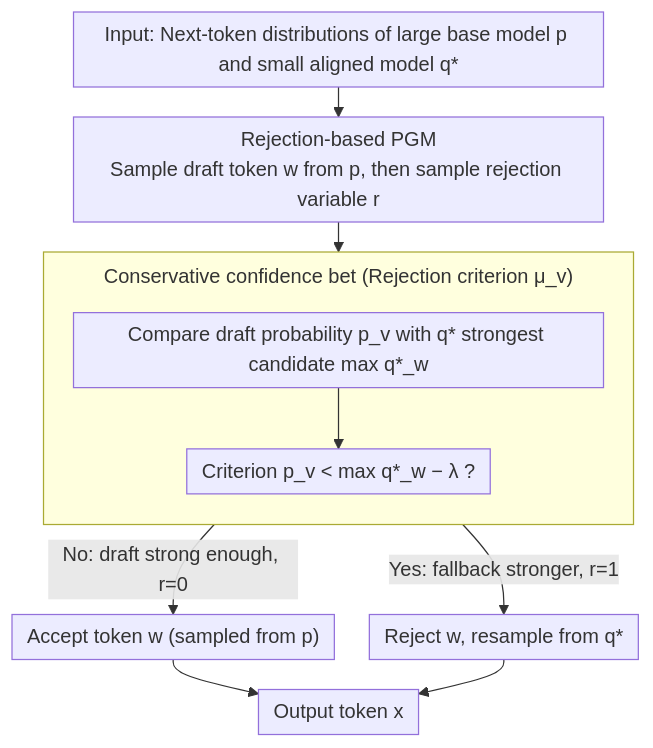
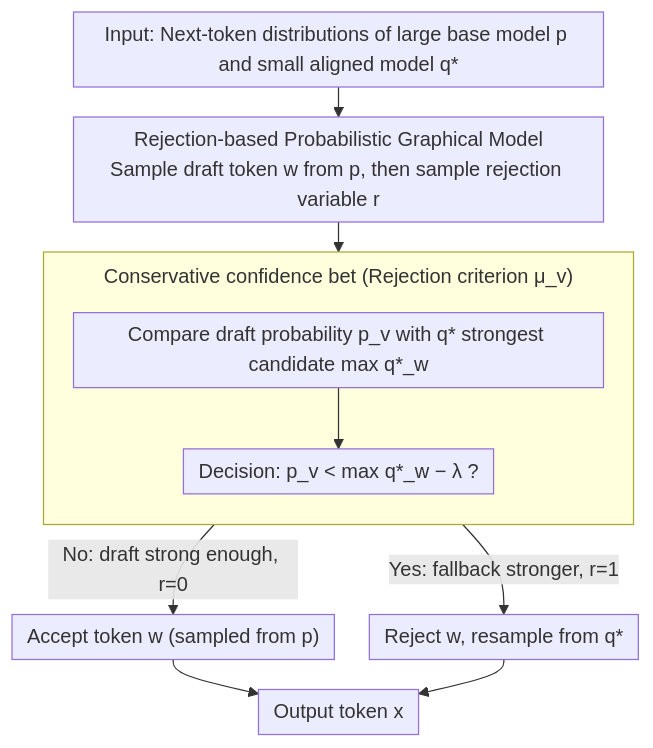
Before and after one commit to zhaoyang97/Paper-Notes-en: the diagram in docs/ACL2026/llm_alignment/on_the_rejection_criterion_for_proxy-based_test-time_alignment.md, drawn with Mermaid. The commit also changed other lines of this file and 5084 other files, not shown here.

````diff
--- a/docs/ACL2026/llm_alignment/on_the_rejection_criterion_for_proxy-based_test-time_alignment.md
+++ b/docs/ACL2026/llm_alignment/on_the_rejection_criterion_for_proxy-based_test-time_alignment.md
@@ -42,17 +42,17 @@
 ```mermaid
 %%{init: {'flowchart': {'rankSpacing': 24, 'nodeSpacing': 28, 'padding': 6, 'wrappingWidth': 400, 'subGraphTitleMargin': {'top': 8, 'bottom': 16}}}}%%
 flowchart TD
     IN["Input: Next-token distributions of large base model p and small aligned model q*"]
-    DRAFT["Rejection-based PGM<br/>Sample draft token w from p, then sample rejection variable r"]
+    DRAFT["Rejection-based Probabilistic Graphical Model<br/>Sample draft token w from p, then sample rejection variable r"]
     subgraph BET["Conservative confidence bet (Rejection criterion μ_v)"]
         direction TB
         CMP["Compare draft probability p_v with q* strongest candidate max q*_w"]
-        DEC["Criterion p_v < max q*_w − λ ?"]
+        DEC["Decision: p_v < max q*_w − λ ?"]
         CMP --> DEC
     end
     IN --> DRAFT --> BET
     DEC -->|No: draft strong enough, r=0| ACC["Accept token w (sampled from p)"]
     DEC -->|Yes: fallback stronger, r=1| REJ["Reject w, resample from q*"]
     ACC --> OUT["Output token x"]
     REJ --> OUT
 ```
````
